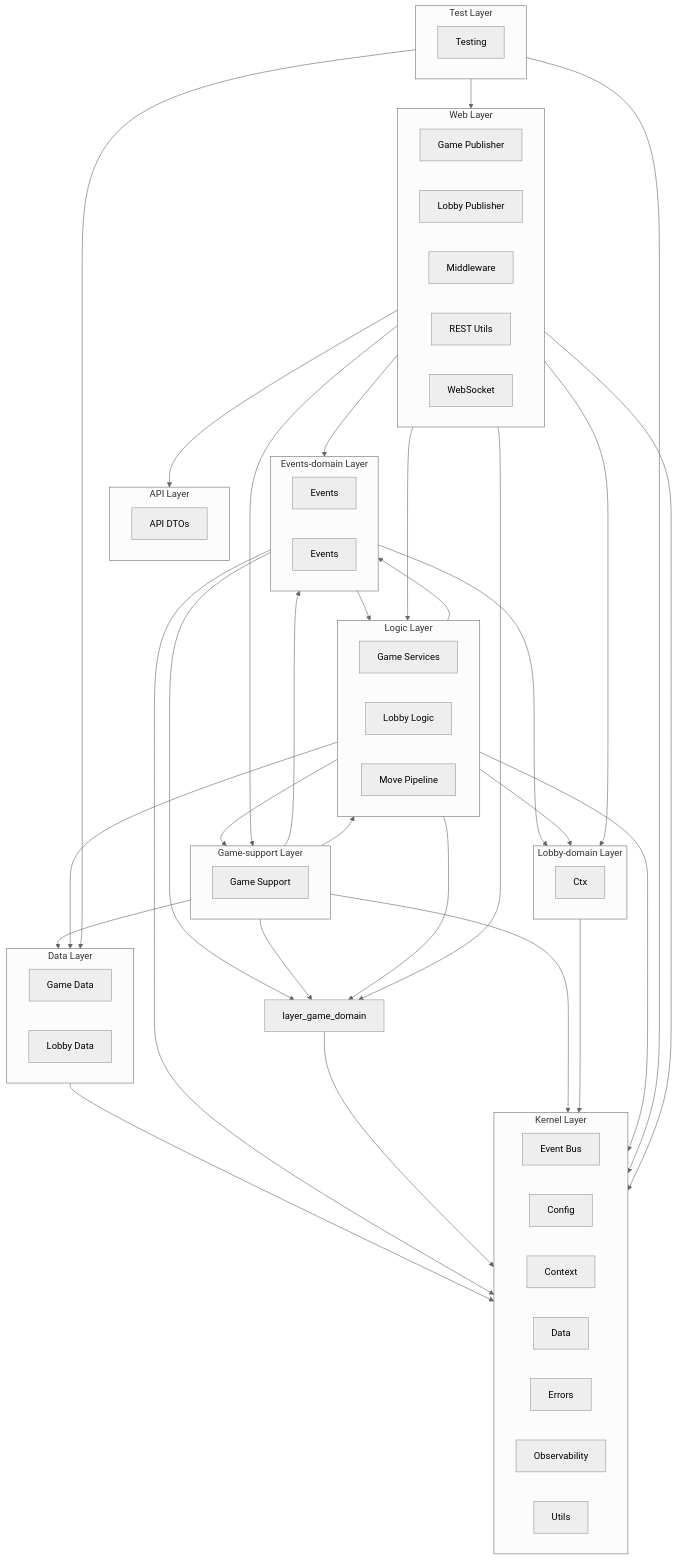
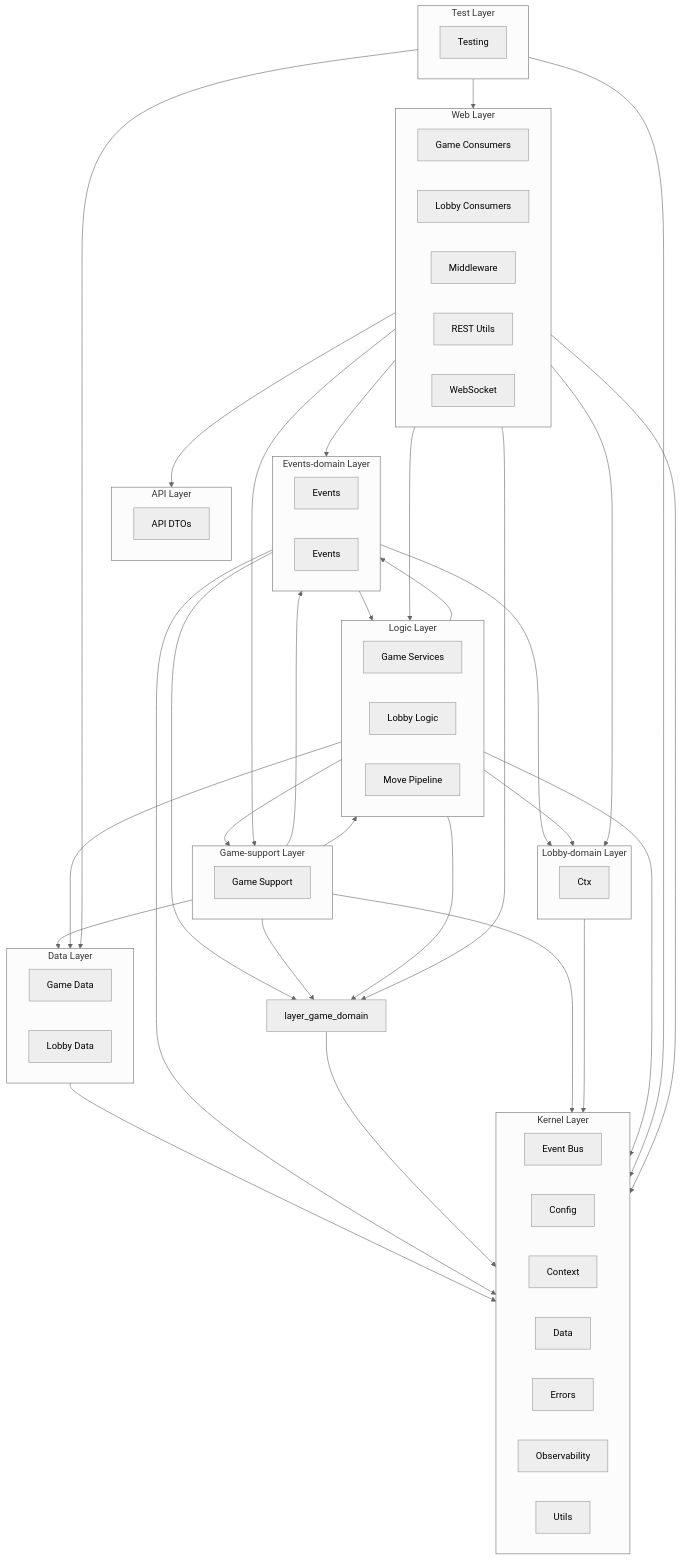
One commit to go-risk-it/go-risk-it changed the second of 6 diagrams in docs/architecture.md. Above: the diagram before and after it, drawn with Mermaid (neutral theme). The commit also changed other lines of this file and 79 other files, not shown here.

```diff
--- a/docs/architecture.md
+++ b/docs/architecture.md
@@ -90,8 +90,8 @@
 
     subgraph layer_web["Web Layer"]
         direction LR
-        pkg_game_publisher["Game Publisher"]
-        pkg_lobby_publisher["Lobby Publisher"]
+        pkg_game_consumers["Game Consumers"]
+        pkg_lobby_consumers["Lobby Consumers"]
         pkg_middleware["Middleware"]
         pkg_rest_utils["REST Utils"]
         pkg_websocket["WebSocket"]
```
